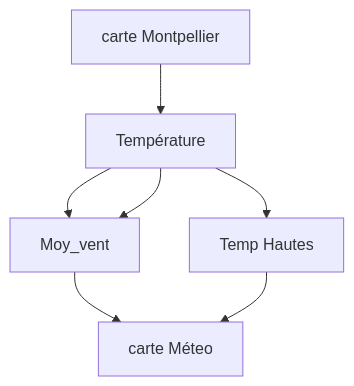
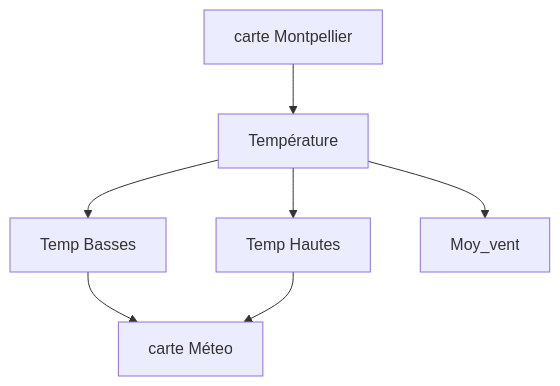
Before and after one commit to Thiziriinfo/Montpellier_Weather: the diagram in README.md, drawn with Mermaid.

````diff
--- a/README.md
+++ b/README.md
@@ -7,10 +7,10 @@
 ```mermaid
 flowchart TD
     A[carte Montpellier ] --> B[Température ]
     B --> D[Temp Hautes]
     B --> E[Temp Basses]
-    B --> E[Moy_vent ]
+    B --> C[Moy_vent ]
 
     E --> G[carte Méteo ]
     D --> G
 ```
````
